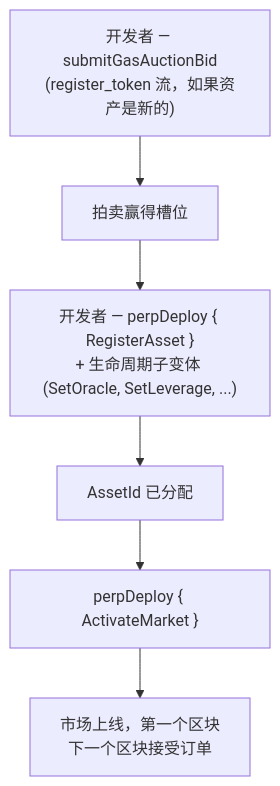
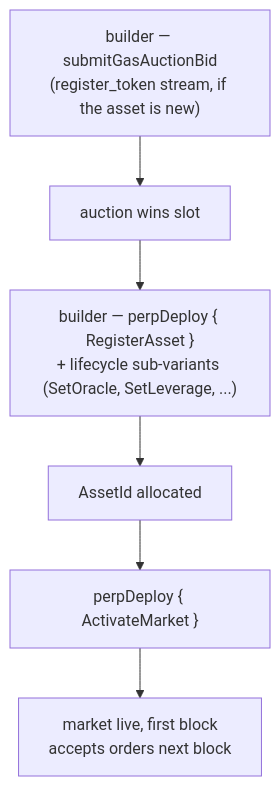
The diagram in i18n/zh-Hans/docusaurus-plugin-content-docs/current/mip/mip-3.md (mtf-exchange/metaflux-knowledges), drawn with Mermaid before and after one commit. The commit also changed other lines of this file and 355 other files, not shown here.

````diff
--- a/i18n/zh-Hans/docusaurus-plugin-content-docs/current/mip/mip-3.md
+++ b/i18n/zh-Hans/docusaurus-plugin-content-docs/current/mip/mip-3.md
@@ -21,8 +21,8 @@
 ```mermaid
 flowchart TD
-    A["开发者 — submitGasAuctionBid<br/>(register_token 流，如果资产是新的)"] --> B["拍卖赢得槽位"]
-    B --> C["开发者 — perpDeploy { RegisterAsset }<br/>+ 生命周期子变体 (SetOracle, SetLeverage, ...)"]
-    C --> D["AssetId 已分配"]
+    A["builder — submitGasAuctionBid<br/>(register_token stream, if the asset is new)"] --> B["auction wins slot"]
+    B --> C["builder — perpDeploy { RegisterAsset }<br/>+ lifecycle sub-variants (SetOracle, SetLeverage, ...)"]
+    C --> D["AssetId allocated"]
     D --> E["perpDeploy { ActivateMarket }"]
-    E --> F["市场上线，第一个区块<br/>下一个区块接受订单"]
+    E --> F["market live, first block<br/>accepts orders next block"]
 ```
````
